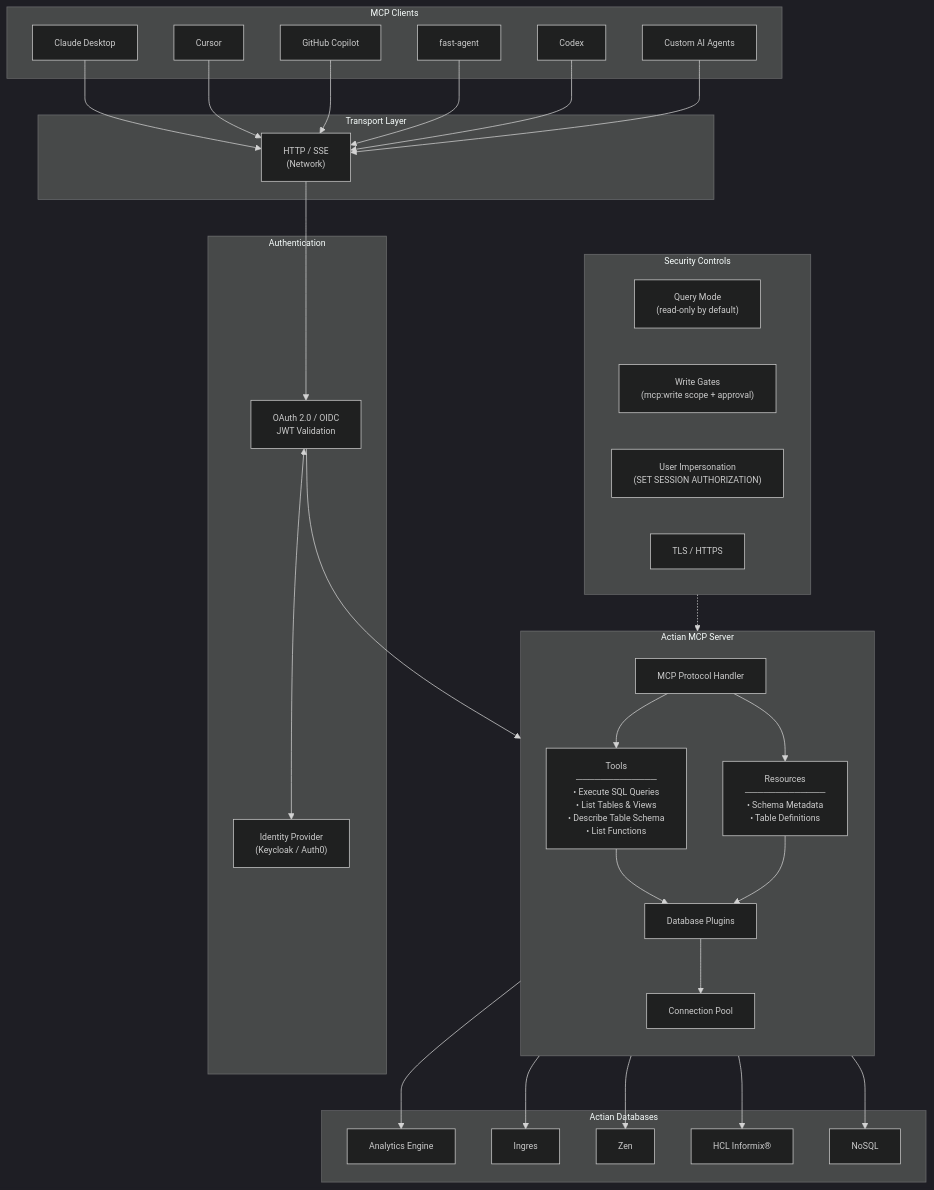
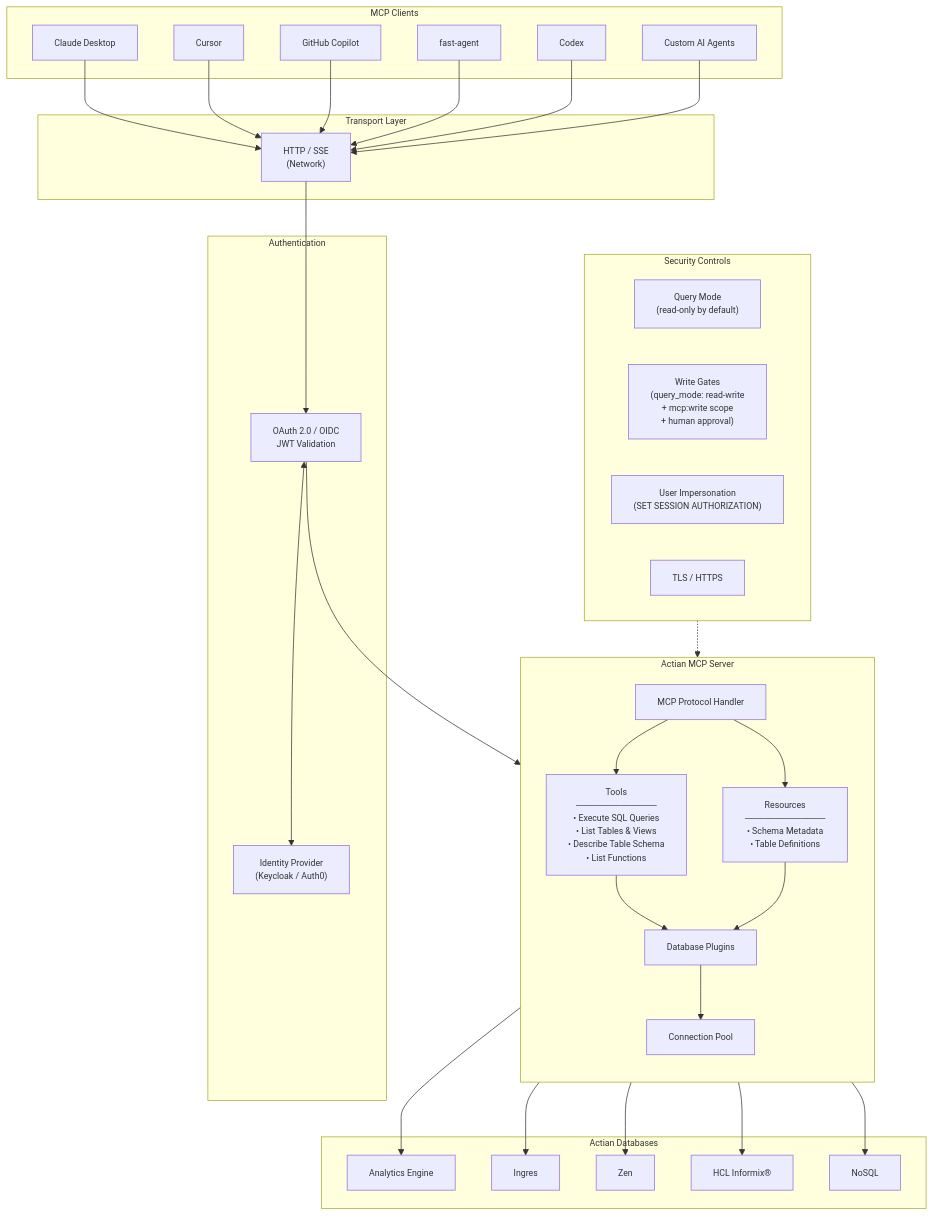
Before and after one commit to ActianCorp/mcp-server-docs: the first of 2 diagrams in docs/intro/index.md, drawn with Mermaid. The commit also changed other lines of this file and 27 other files, not shown here.

````diff
--- a/docs/intro/index.md
+++ b/docs/intro/index.md
@@ -37,73 +41,75 @@
 ```mermaid
-%%{init: {'theme': 'dark', 'themeVariables': {'fontSize': '12px', 'fontFamily': 'arial'}}}%%
+%%{init: {'theme': 'default', 'themeVariables': {'fontSize': '12px', 'fontFamily': 'arial'}}}%%
 flowchart TB
     subgraph Clients["MCP Clients"]
         claude["Claude Desktop"]
         cursor["Cursor"]
         copilot["GitHub Copilot"]
         fastagent["fast-agent"]
         codex["Codex"]
         custom["Custom AI Agents"]
     end
 
     subgraph Transport["Transport Layer"]
         http["HTTP / SSE
 (Network)"]
     end
 
     subgraph Auth["Authentication"]
         idp["Identity Provider
 (Keycloak / Auth0)"]
         oauth["OAuth 2.0 / OIDC
 JWT Validation"]
     end
 
     subgraph MCP["Actian MCP Server"]
         direction TB
         core["MCP Protocol Handler"]
         tools["Tools
 ─────────────
 • Execute SQL Queries
 • List Tables & Views
 • Describe Table Schema
 • List Functions"]
         resources["Resources
 ─────────────
 • Schema Metadata
 • Table Definitions"]
         plugins["Database Plugins"]
         pool["Connection Pool"]
     end
 
     subgraph Databases["Actian Databases"]
         ae["Analytics Engine"]
         ingres["Ingres"]
         zen["Zen"]
         informix["HCL Informix®"]
         nosql["NoSQL"]
     end
 
     subgraph Security["Security Controls"]
         readonly["Query Mode
 (read-only by default)"]
         writegate["Write Gates
-(mcp:write scope + approval)"]
+(query_mode: read-write
++ mcp:write scope
++ human approval)"]
         impersonation["User Impersonation
 (SET SESSION AUTHORIZATION)"]
         tls["TLS / HTTPS"]
     end
 
     claude & cursor & copilot & fastagent & codex & custom --> http
 
     http --> oauth
     oauth <--> idp
     oauth --> core
 
     core --> tools & resources
     tools & resources --> plugins
     plugins --> pool
 
     pool --> ae & ingres & zen & informix & nosql
 
     Security -.-> MCP
 ```
````
